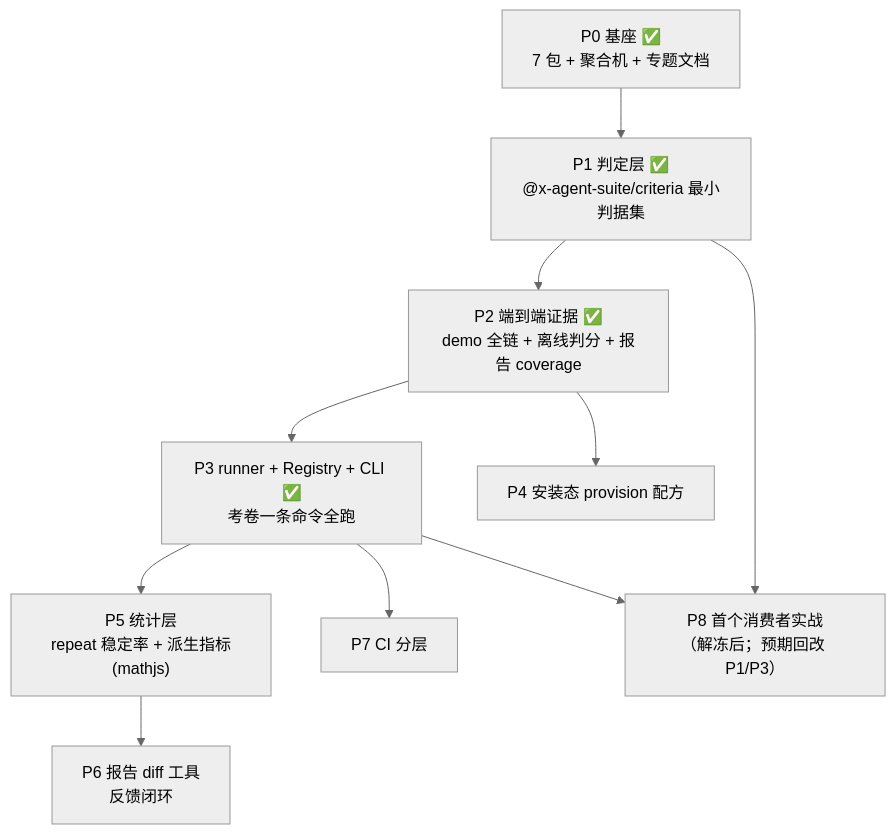
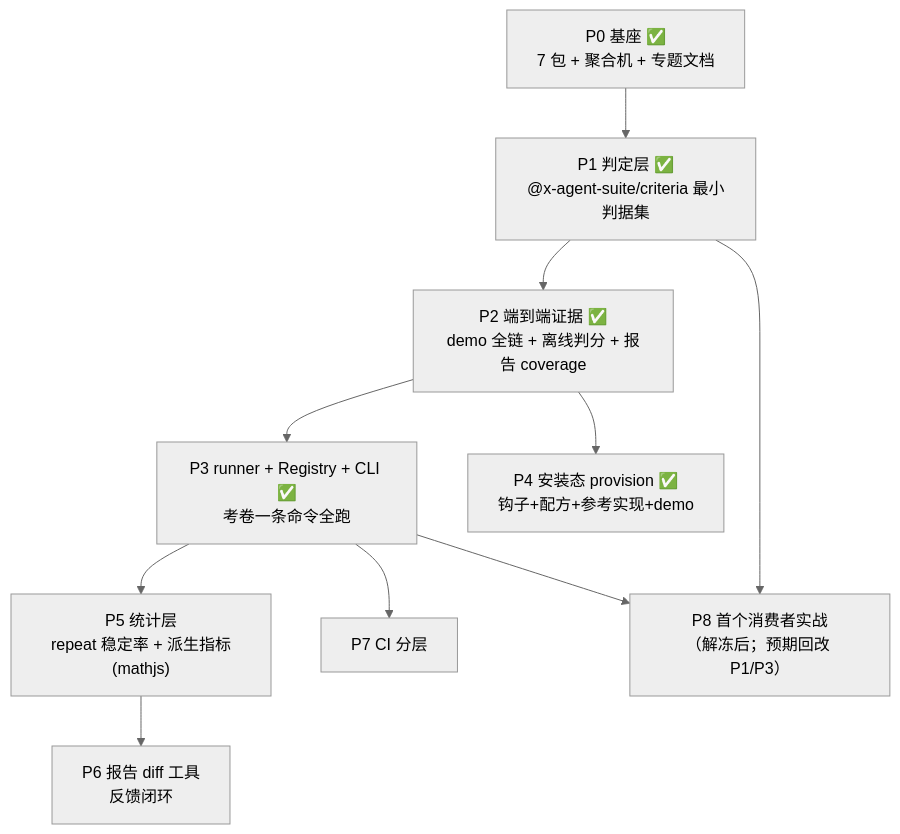
Before and after one commit to xnightsky/x-agent-suite: the diagram in docs/spec/capability-system.md, drawn with Mermaid (neutral theme). The commit also changed other lines of this file and 14 other files, not shown here.

````diff
--- a/docs/spec/capability-system.md
+++ b/docs/spec/capability-system.md
@@ -116,12 +116,12 @@
 ```mermaid
 flowchart TD
     P0["P0 基座 ✅<br/>7 包 + 聚合机 + 专题文档"] --> P1["P1 判定层 ✅<br/>@x-agent-suite/criteria 最小判据集"]
     P1 --> P2["P2 端到端证据 ✅<br/>demo 全链 + 离线判分 + 报告 coverage"]
     P2 --> P3["P3 runner + Registry + CLI ✅<br/>考卷一条命令全跑"]
-    P2 --> P4["P4 安装态 provision 配方"]
+    P2 --> P4["P4 安装态 provision ✅<br/>钩子+配方+参考实现+demo"]
     P3 --> P5["P5 统计层<br/>repeat 稳定率 + 派生指标(mathjs)"]
     P5 --> P6["P6 报告 diff 工具<br/>反馈闭环"]
     P3 --> P7["P7 CI 分层"]
     P1 --> P8["P8 首个消费者实战<br/>（解冻后；预期回改 P1/P3）"]
     P3 --> P8
 ```
````
